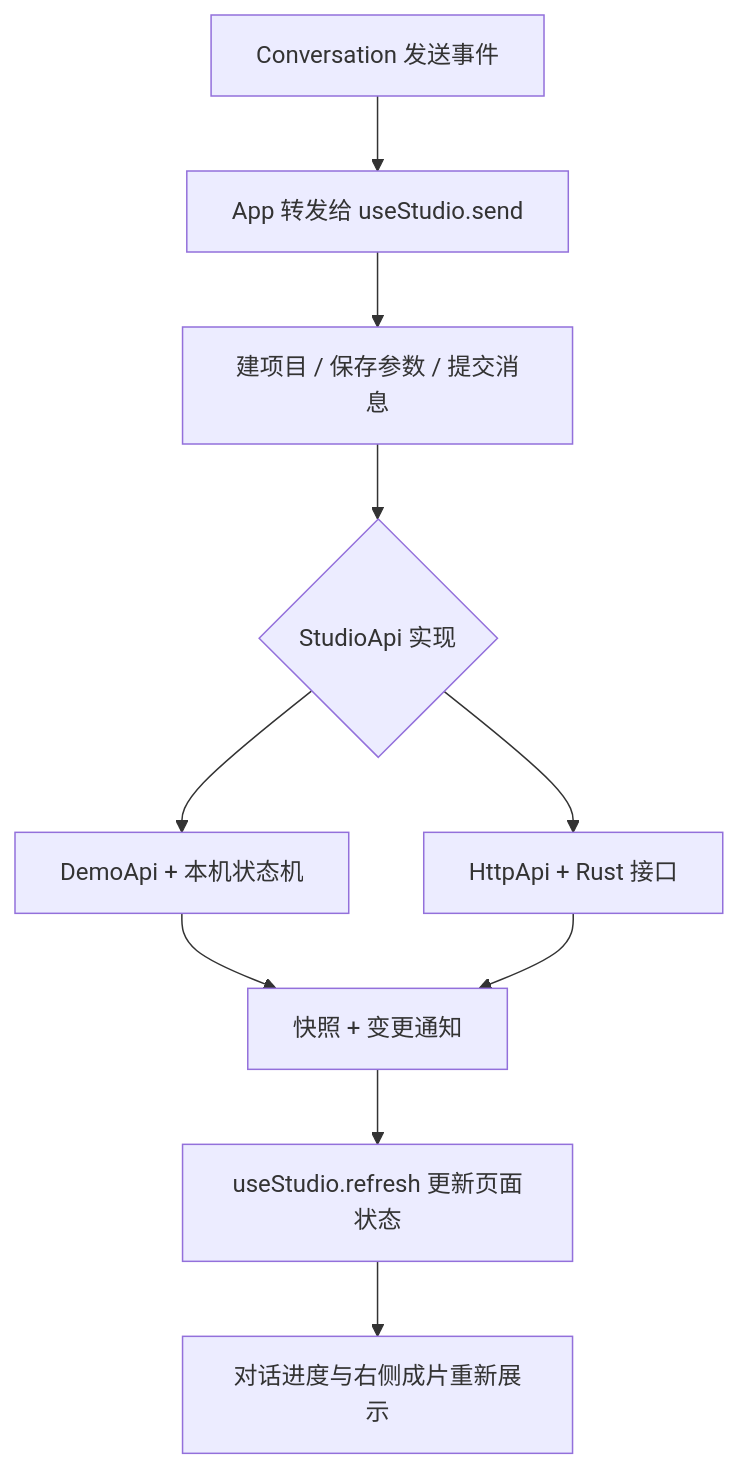
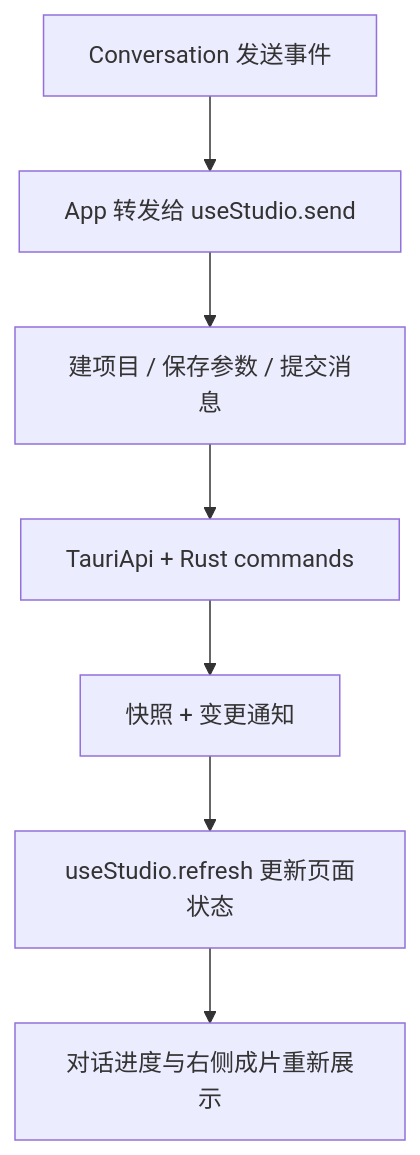
Before and after one commit to LDFei/Bohack-ExplainCraft: the diagram in front/docs/CODE_GUIDE.md, drawn with Mermaid. The commit also changed other lines of this file and 24 other files, not shown here.

Commit message:
refactor: connect studio directly to Tauri

````diff
--- a/front/docs/CODE_GUIDE.md
+++ b/front/docs/CODE_GUIDE.md
@@ -36,12 +34,9 @@
 ```mermaid
 flowchart TD
     A[Conversation 发送事件] --> B[App 转发给 useStudio.send]
     B --> C[建项目 / 保存参数 / 提交消息]
-    C --> D{StudioApi 实现}
-    D --> E[DemoApi + 本机状态机]
-    D --> F[HttpApi + Rust 接口]
-    E --> G[快照 + 变更通知]
-    F --> G
+    C --> D[TauriApi + Rust commands]
+    D --> G[快照 + 变更通知]
     G --> H[useStudio.refresh 更新页面状态]
     H --> I[对话进度与右侧成片重新展示]
 ```
````
